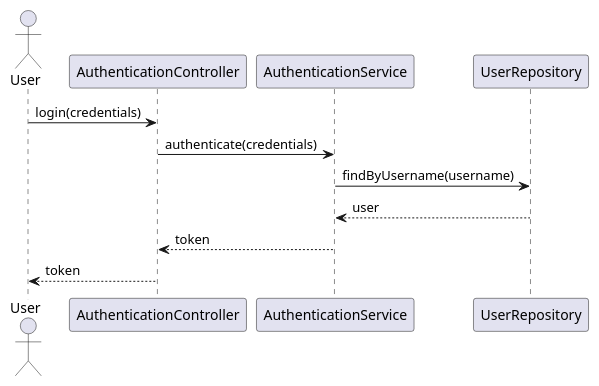
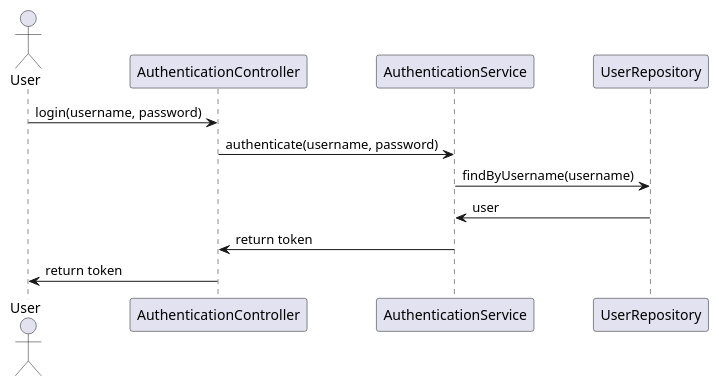
Before and after one commit to Dinesh-s95/AutoDoc.ai: the second of 4 diagrams in enrollment/documentation/detaileddesign.adoc, drawn with PlantUML. The commit also changed other lines of this file and 15 other files, not shown here.

```diff
--- a/enrollment/documentation/detaileddesign.adoc
+++ b/enrollment/documentation/detaileddesign.adoc
@@ -199,16 +185,16 @@
 [plantuml, authentication-sequence, png]
 ----
 @startuml
-actor User
-participant "AuthenticationController" as AuthController
-participant "AuthenticationService" as AuthService
-participant "UserRepository" as UserRepo
+actor "User" as user
+participant "AuthenticationController" as authController
+participant "AuthenticationService" as authService
+participant "UserRepository" as userRepo
 
-User -> AuthController : login(credentials)
-AuthController -> AuthService : authenticate(credentials)
-AuthService -> UserRepo : findByUsername(username)
-UserRepo --> AuthService : user
-AuthService --> AuthController : token
-AuthController --> User : token
+user -> authController : login(username, password)
+authController -> authService : authenticate(username, password)
+authService -> userRepo : findByUsername(username)
+userRepo -> authService : user
+authService -> authController : return token
+authController -> user : return token
 @enduml
 ----
```
